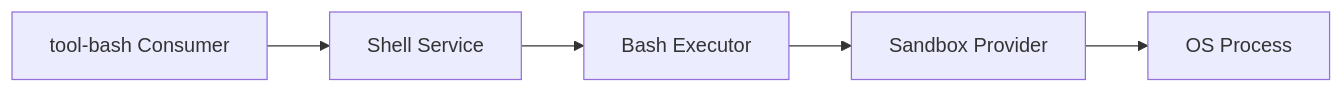
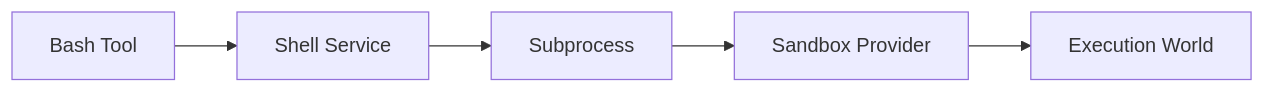
Before and after one commit to indigofeather/harness-book: the third of 3 diagrams in docs/deepseek/usage-and-profiles.md, drawn with Mermaid. The commit also changed other lines of this file and 48 other files, not shown here.

````diff
--- a/docs/deepseek/usage-and-profiles.md
+++ b/docs/deepseek/usage-and-profiles.md
@@ -246,7 +158,7 @@
 ```mermaid
 flowchart LR
-  T[tool-bash Consumer] --> S[Shell Service]
-  S --> E[Bash Executor]
-  E --> SB[Sandbox Provider]
-  SB --> OS[OS Process]
+  T[Bash Tool] --> S[Shell Service]
+  S --> SP[Subprocess]
+  SP --> SB[Sandbox Provider]
+  SB --> OS[Execution World]
 ```
````
